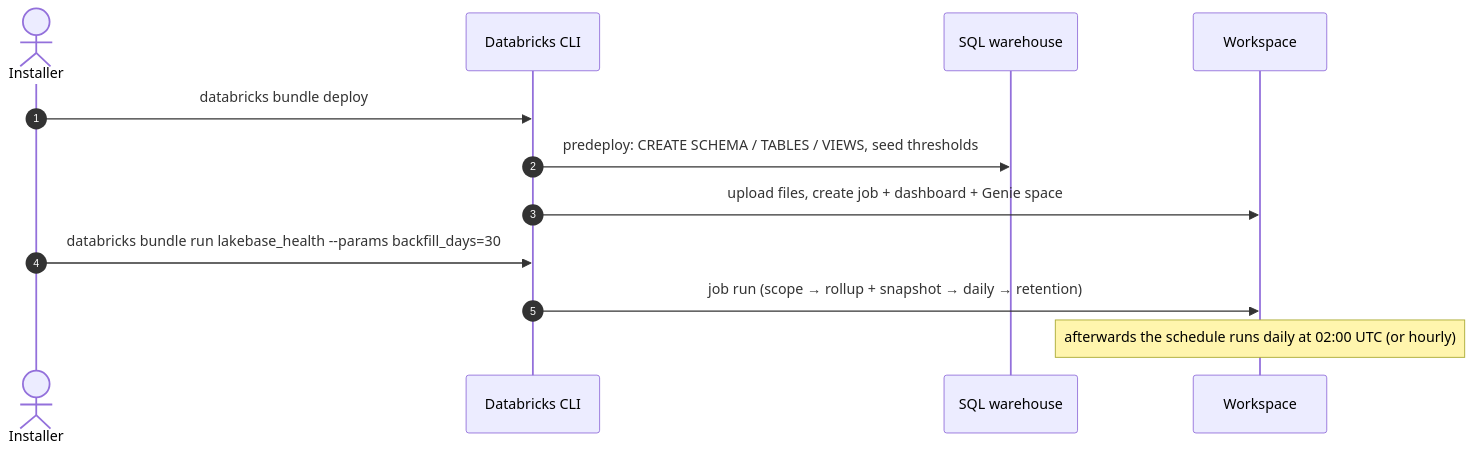
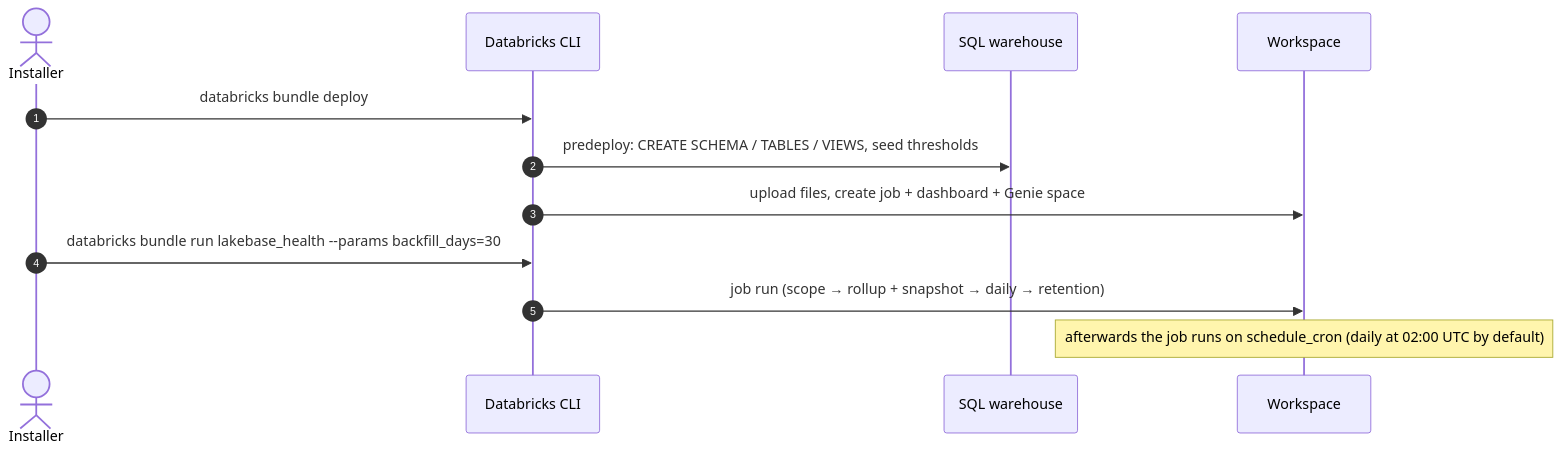
The second of 2 diagrams in README.md (rakesharumalla/lakebase-health-check), drawn with Mermaid before and after one commit. The commit also changed other lines of this file and 14 other files, not shown here.

````diff
--- a/README.md
+++ b/README.md
@@ -85,14 +85,14 @@
 ```mermaid
 sequenceDiagram
   autonumber
   actor Admin as Installer
   participant CLI as Databricks CLI
   participant WH as SQL warehouse
   participant WS as Workspace
   Admin->>CLI: databricks bundle deploy
   CLI->>WH: predeploy: CREATE SCHEMA / TABLES / VIEWS, seed thresholds
   CLI->>WS: upload files, create job + dashboard + Genie space
   Admin->>CLI: databricks bundle run lakebase_health --params backfill_days=30
   CLI->>WS: job run (scope → rollup + snapshot → daily → retention)
-  Note over WS: afterwards the schedule runs daily at 02:00 UTC (or hourly)
+  Note over WS: afterwards the job runs on schedule_cron (daily at 02:00 UTC by default)
 ```
````
